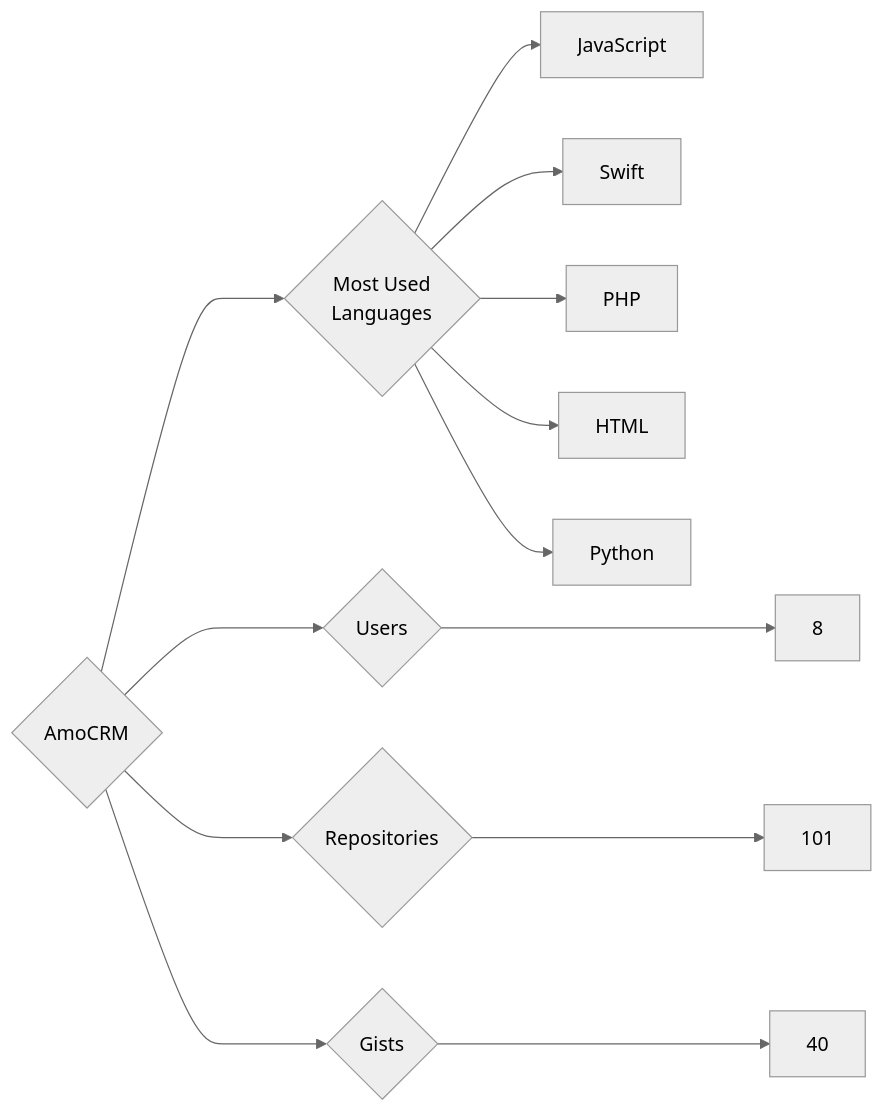
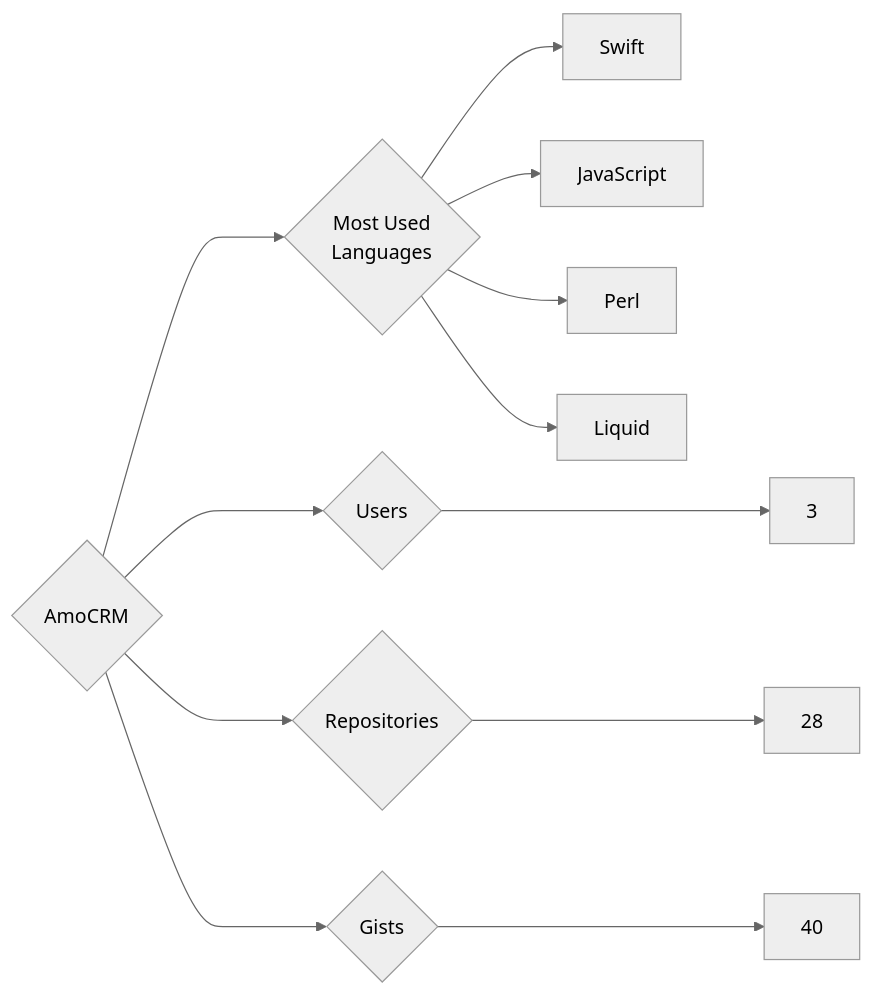
One commit to trickest/insiders changed the diagram in targets/AmoCRM/README.md. Above: the diagram before and after it, drawn with Mermaid (neutral theme). The commit also changed 723 other files, not shown here.

````diff
--- a/targets/AmoCRM/README.md
+++ b/targets/AmoCRM/README.md
@@ -3,13 +3,12 @@
 ```mermaid
 graph LR
 COMPANY_NAME{AmoCRM}
-COMPANY_NAME ---> U{Users} ---> UN[8]
-COMPANY_NAME ---> R{Repositories} ---> RN[101]
+COMPANY_NAME ---> U{Users} ---> UN[3]
+COMPANY_NAME ---> R{Repositories} ---> RN[28]
 COMPANY_NAME ---> G{Gists} ---> GN[40]
 COMPANY_NAME ---> ML{Most Used<br>Languages}
+ML --> Swift[Swift]
 ML --> JavaScript[JavaScript]
-ML --> Swift[Swift]
-ML --> PHP[PHP]
-ML --> HTML[HTML]
-ML --> Python[Python]
+ML --> Perl[Perl]
+ML --> Liquid[Liquid]
 ```
````
